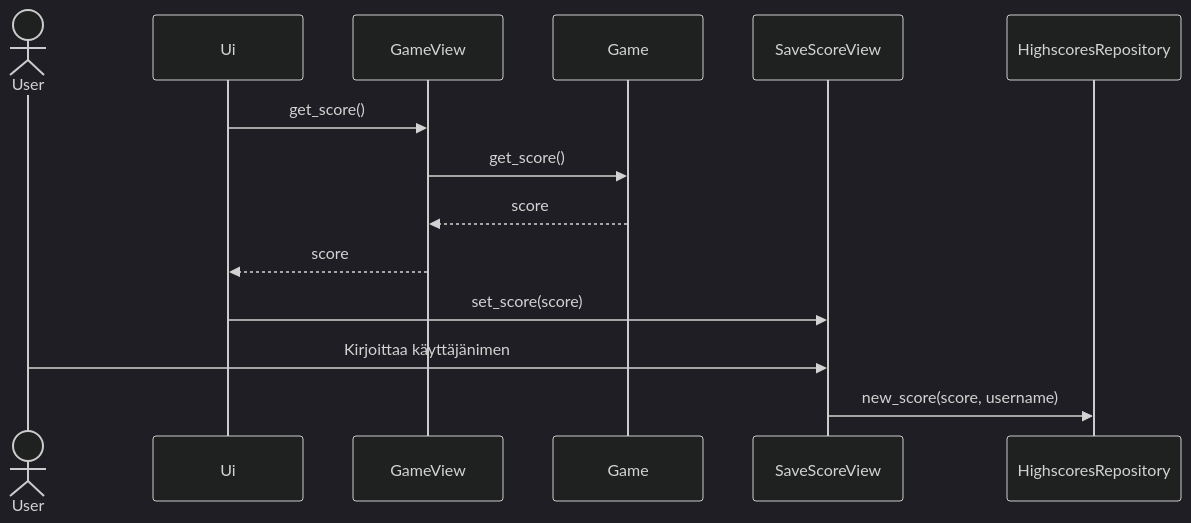
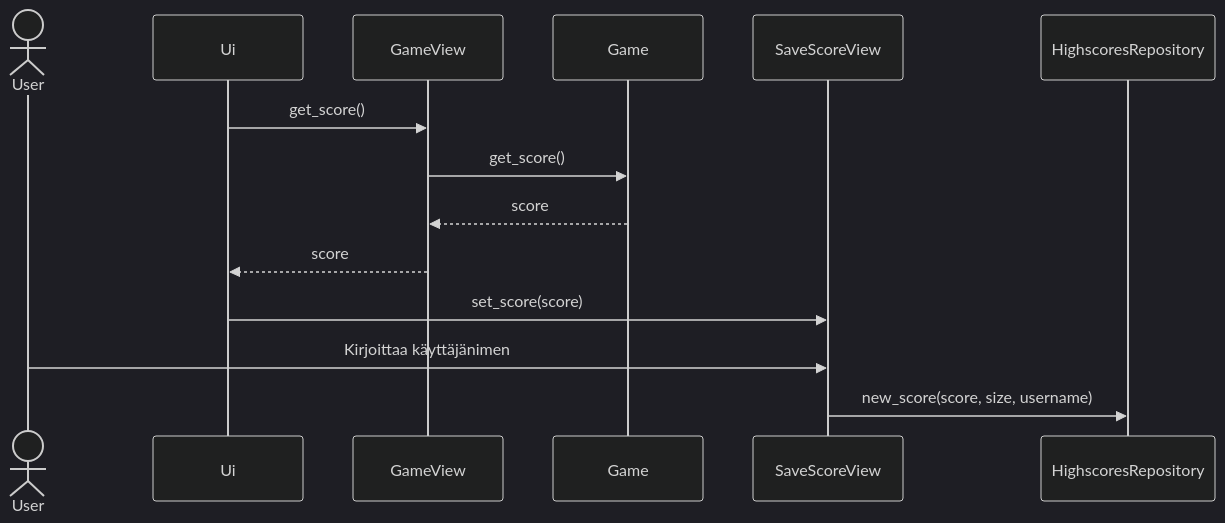
One commit to pavezzo/ot-harjoitustyo changed the third of 3 diagrams in dokumentaatio/arkkitehtuuri.md. Above: the diagram before and after it, drawn with Mermaid (dark theme). The commit also changed other lines of this file and 7 other files, not shown here.

````diff
--- a/dokumentaatio/arkkitehtuuri.md
+++ b/dokumentaatio/arkkitehtuuri.md
@@ -44,17 +47,17 @@
 ```mermaid
 sequenceDiagram
       actor User
       participant Ui
       participant GameView
       participant Game
       participant SaveScoreView
       participant HighscoresRepository
       Ui ->> GameView: get_score()
       GameView ->> Game: get_score()
       Game -->> GameView: score
       GameView -->> Ui: score
       Ui ->> SaveScoreView: set_score(score)
       User ->> SaveScoreView: Kirjoittaa käyttäjänimen
-      SaveScoreView ->> HighscoresRepository: new_score(score, username)
+      SaveScoreView ->> HighscoresRepository: new_score(score, size, username)
 
 ```
````
